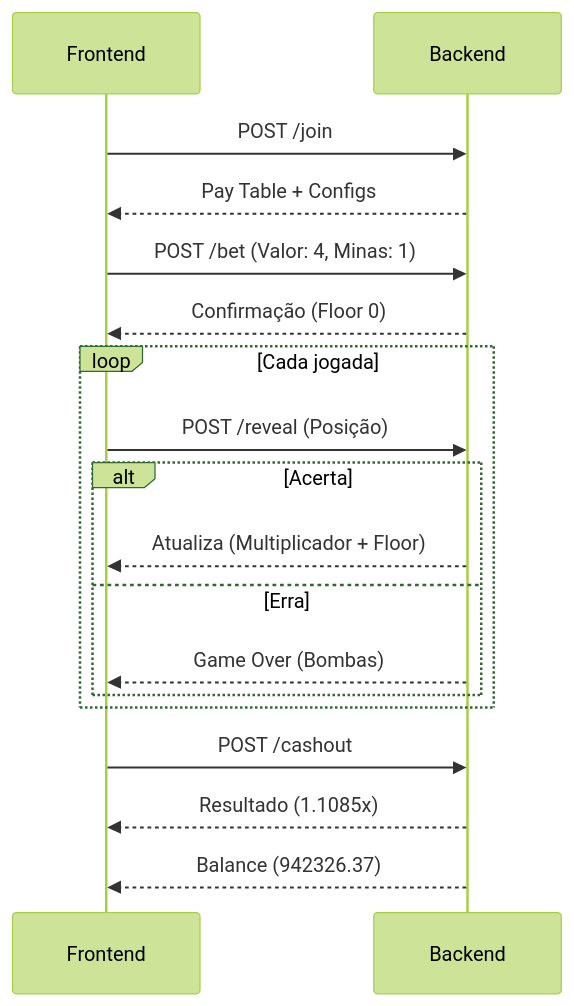
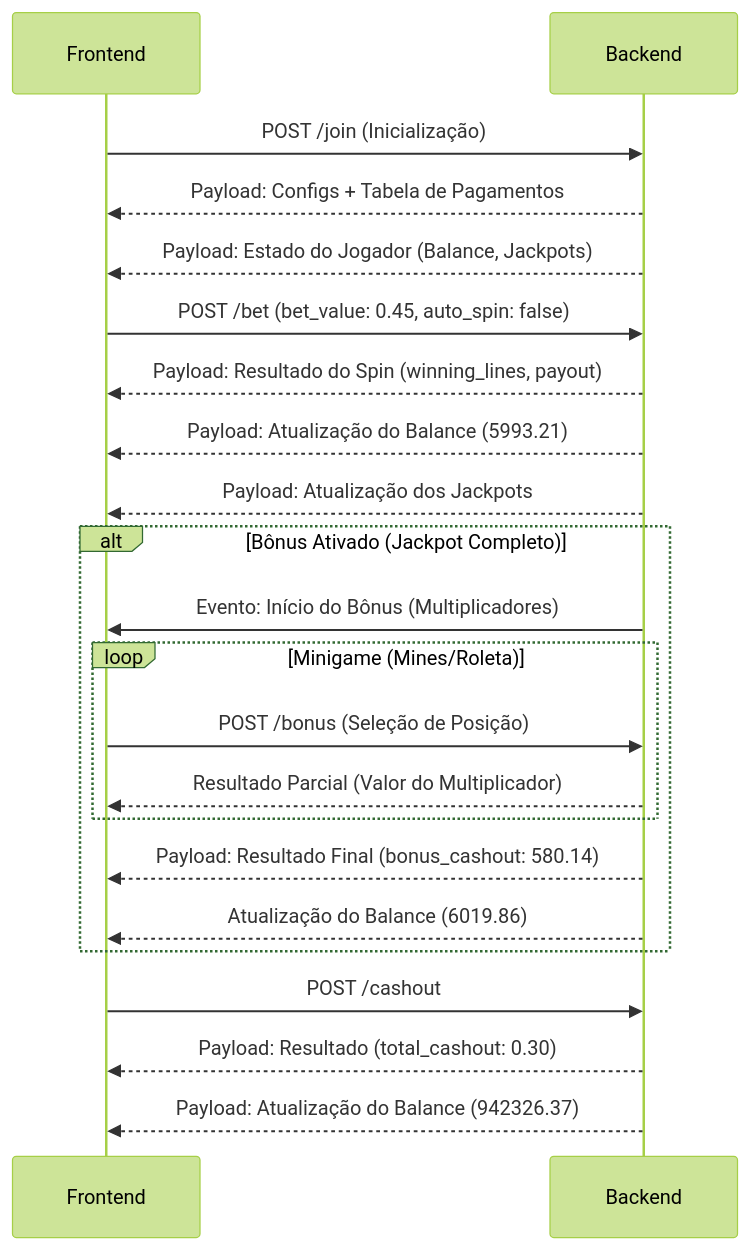
Before and after one commit to valdecidanilo/BetForge: the second of 2 diagrams in README.md, drawn with Mermaid (forest theme).

Commit message:
Update README.md
teste 4

````diff
--- a/README.md
+++ b/README.md
@@ -45,28 +45,32 @@
 ```mermaid
 sequenceDiagram
     participant Frontend
     participant Backend
-    
-    %% Entrada
-    Frontend->>Backend: POST /join
-    Backend-->>Frontend: Pay Table + Configs
-    
+
+    %% Entrada no Jogo
+    Frontend->>Backend: POST /join (Inicialização)
+    Backend-->>Frontend: Payload: Configs + Tabela de Pagamentos
+    Backend-->>Frontend: Payload: Estado do Jogador (Balance, Jackpots)
+
     %% Aposta
-    Frontend->>Backend: POST /bet (Valor: 4, Minas: 1)
-    Backend-->>Frontend: Confirmação (Floor 0)
-    
-    %% Gameplay
-    loop Cada jogada
-        Frontend->>Backend: POST /reveal (Posição)
-        alt Acerta
-            Backend-->>Frontend: Atualiza (Multiplicador + Floor)
-        else Erra
-            Backend-->>Frontend: Game Over (Bombas)
+    Frontend->>Backend: POST /bet (bet_value: 0.45, auto_spin: false)
+    Backend-->>Frontend: Payload: Resultado do Spin (winning_lines, payout)
+    Backend-->>Frontend: Payload: Atualização do Balance (5993.21)
+    Backend-->>Frontend: Payload: Atualização dos Jackpots
+
+    %% Bônus (Opcional - Gatilho do Servidor)
+    alt Bônus Ativado (Jackpot Completo)
+        Backend->>Frontend: Evento: Início do Bônus (Multiplicadores)
+        loop Minigame (Mines/Roleta)
+            Frontend->>Backend: POST /bonus (Seleção de Posição)
+            Backend-->>Frontend: Resultado Parcial (Valor do Multiplicador)
         end
+        Backend-->>Frontend: Payload: Resultado Final (bonus_cashout: 580.14)
+        Backend-->>Frontend: Atualização do Balance (6019.86)
     end
-    
+
     %% Cashout
     Frontend->>Backend: POST /cashout
-    Backend-->>Frontend: Resultado (1.1085x)
-    Backend-->>Frontend: Balance (942326.37)
+    Backend-->>Frontend: Payload: Resultado (total_cashout: 0.30)
+    Backend-->>Frontend: Payload: Atualização do Balance (942326.37)
 ```
````
